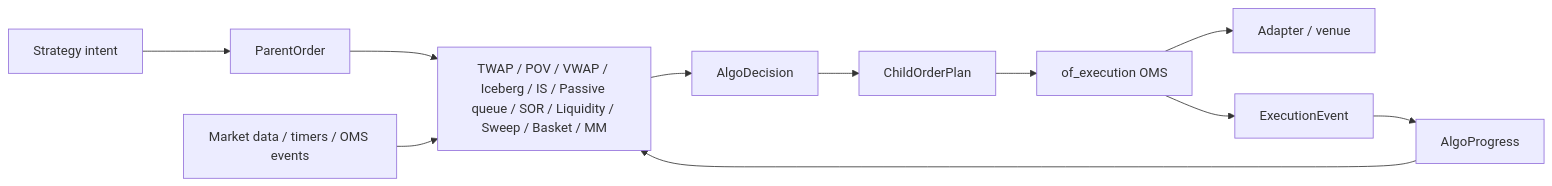
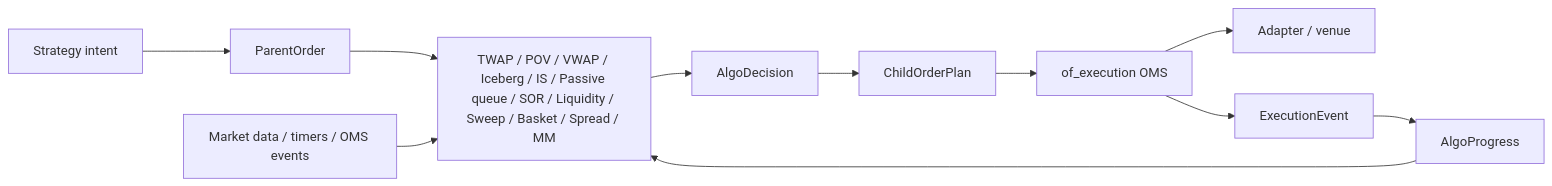
Before and after one commit to gregorian-09/orderflow: the diagram in crates/of_execution_algos/README.md, drawn with Mermaid. The commit also changed other lines of this file and 5 other files, not shown here.

````diff
--- a/crates/of_execution_algos/README.md
+++ b/crates/of_execution_algos/README.md
@@ -50,13 +53,13 @@
 ```mermaid
 flowchart LR
     Strategy[Strategy intent] --> Parent[ParentOrder]
-    Parent --> Algo[TWAP / POV / VWAP / Iceberg / IS / Passive queue / SOR / Liquidity / Sweep / Basket / MM]
+    Parent --> Algo[TWAP / POV / VWAP / Iceberg / IS / Passive queue / SOR / Liquidity / Sweep / Basket / Spread / MM]
     Market[Market data / timers / OMS events] --> Algo
     Algo --> Decision[AlgoDecision]
     Decision --> Child[ChildOrderPlan]
     Child --> OMS[of_execution OMS]
     OMS --> Venue[Adapter / venue]
     OMS --> Events[ExecutionEvent]
     Events --> Progress[AlgoProgress]
     Progress --> Algo
 ```
````
